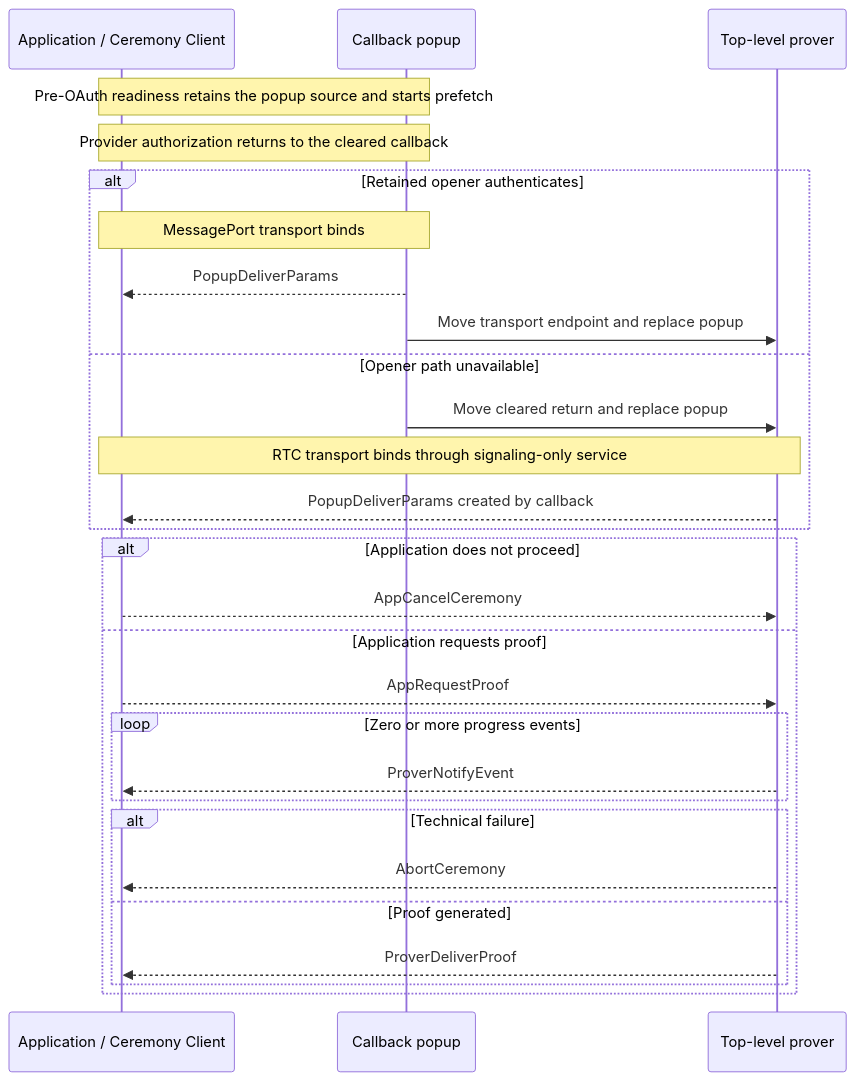
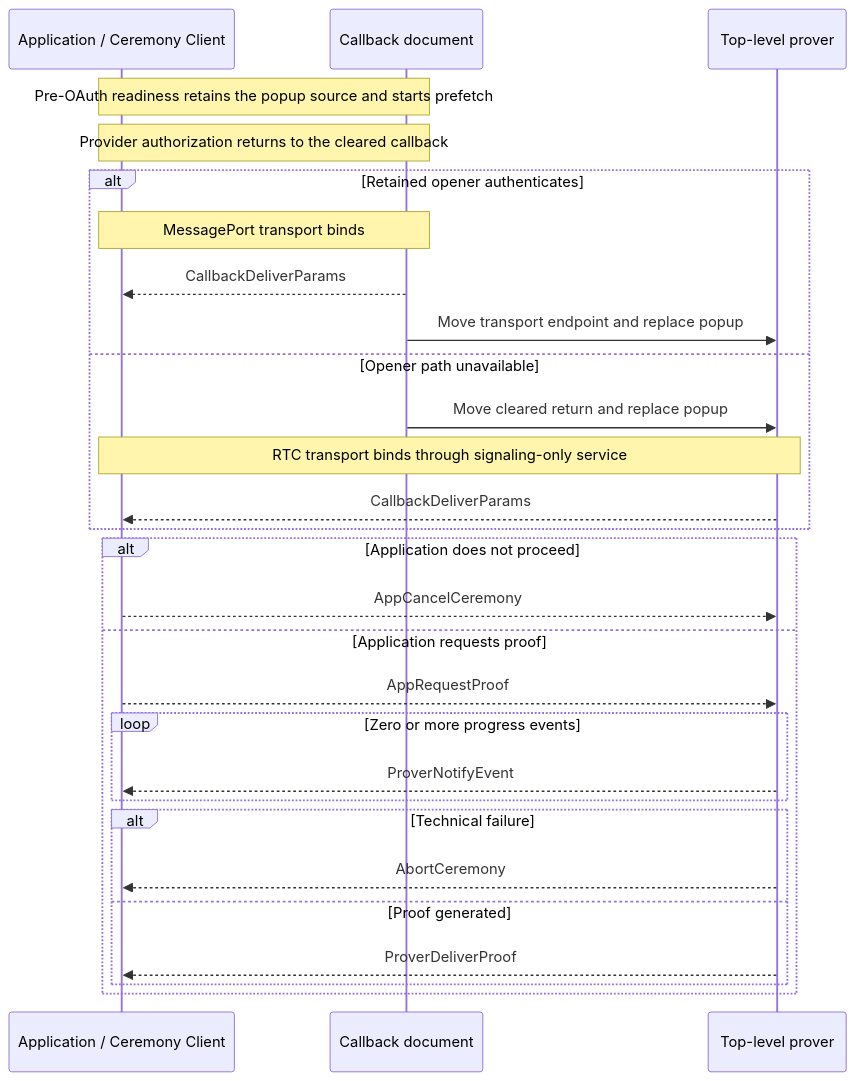
Before and after one commit to libid-org/libid: the diagram in ts/packages/ceremony/CCDP.md, drawn with Mermaid. The commit also changed other lines of this file and 7 other files, not shown here.

Commit message:
docs(ceremony): rename popup participant to callback

````diff
--- a/ts/packages/ceremony/CCDP.md
+++ b/ts/packages/ceremony/CCDP.md
@@ -295,31 +295,31 @@
 ```mermaid
 sequenceDiagram
     participant A as Application / Ceremony Client
-    participant C as Callback popup
+    participant C as Callback document
     participant P as Top-level prover
 
     Note over A,C: Pre-OAuth readiness retains the popup source and starts prefetch
     Note over A,C: Provider authorization returns to the cleared callback
     alt Retained opener authenticates
         Note over A,C: MessagePort transport binds
-        C-->>A: PopupDeliverParams
+        C-->>A: CallbackDeliverParams
         C->>P: Move transport endpoint and replace popup
     else Opener path unavailable
         C->>P: Move cleared return and replace popup
         Note over A,P: RTC transport binds through signaling-only service
-        P-->>A: PopupDeliverParams created by callback
+        P-->>A: CallbackDeliverParams
     end
     alt Application does not proceed
         A-->>P: AppCancelCeremony
     else Application requests proof
         A-->>P: AppRequestProof
         loop Zero or more progress events
             P-->>A: ProverNotifyEvent
         end
         alt Technical failure
             P-->>A: AbortCeremony
         else Proof generated
             P-->>A: ProverDeliverProof
         end
     end
 ```
````
